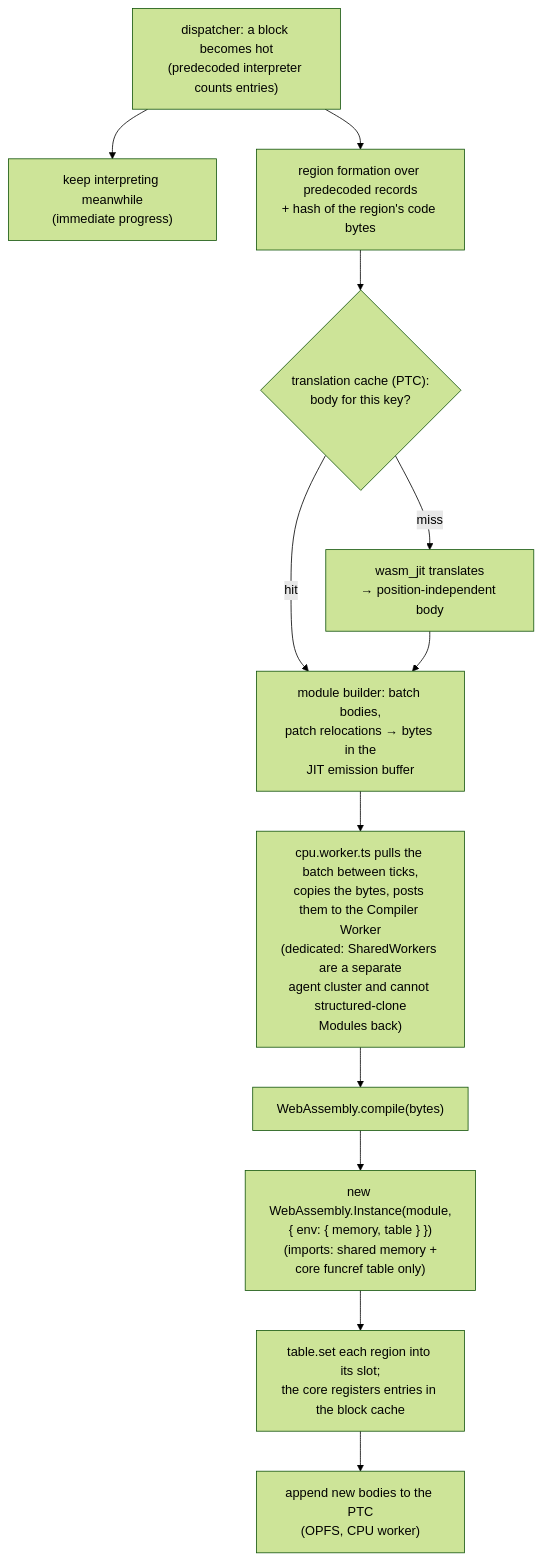
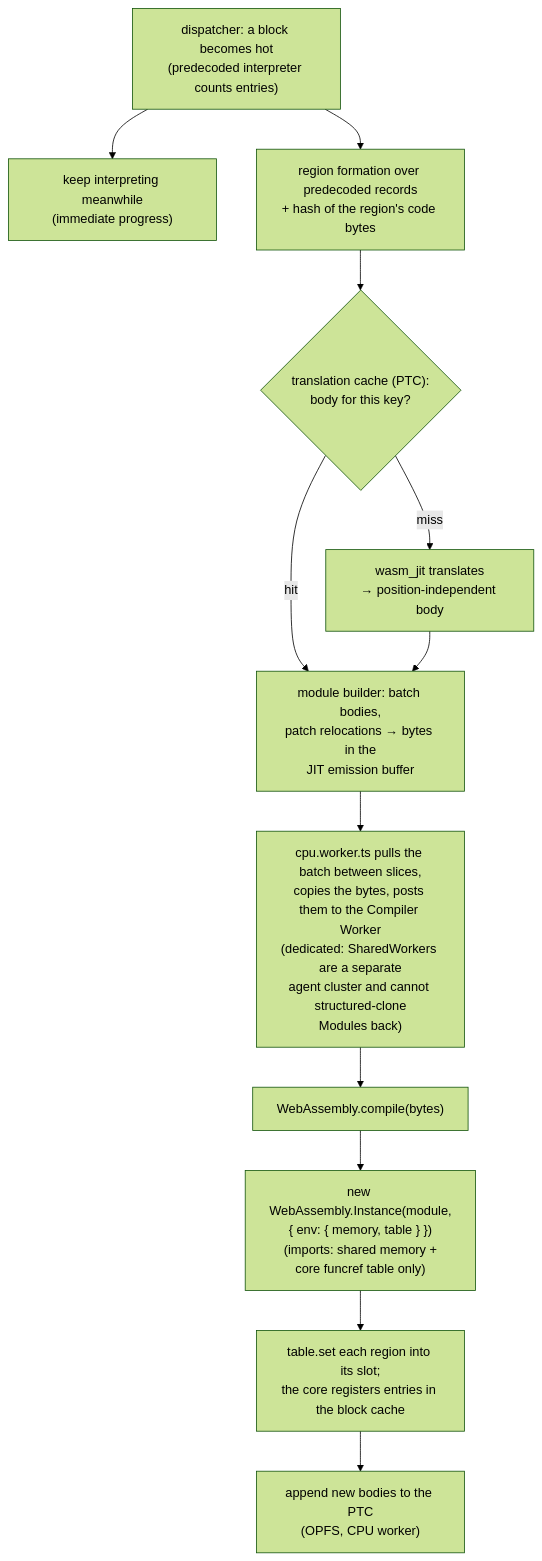
Before and after one commit to voland-emu/Voland: the fifth of 15 diagrams in docs/DESIGN.md, drawn with Mermaid (forest theme). The commit also changed other lines of this file and 1 other file, not shown here.

````diff
--- a/docs/DESIGN.md
+++ b/docs/DESIGN.md
@@ -1128,20 +1227,20 @@
 ```mermaid
 flowchart TD
     HOT["dispatcher: a block becomes hot<br/>(predecoded interpreter counts entries)"]
     INTERP["keep interpreting meanwhile<br/>(immediate progress)"]
     REGION["region formation over predecoded records<br/>+ hash of the region's code bytes"]
     PTCQ{"translation cache (PTC):<br/>body for this key?"}
     TRANS["wasm_jit translates<br/>→ position-independent body"]
     BATCH["module builder: batch bodies,<br/>patch relocations → bytes in the<br/>JIT emission buffer"]
-    PULL["cpu.worker.ts pulls the batch between ticks,<br/>copies the bytes, posts them to the Compiler Worker<br/>(dedicated: SharedWorkers are a separate<br/>agent cluster and cannot structured-clone<br/>Modules back)"]
+    PULL["cpu.worker.ts pulls the batch between slices,<br/>copies the bytes, posts them to the Compiler Worker<br/>(dedicated: SharedWorkers are a separate<br/>agent cluster and cannot structured-clone<br/>Modules back)"]
     COMPILE["WebAssembly.compile(bytes)"]
     INST["new WebAssembly.Instance(module,<br/>{ env: { memory, table } })<br/>(imports: shared memory +<br/>core funcref table only)"]
     REG["table.set each region into its slot;<br/>the core registers entries in the block cache"]
     STORE["append new bodies to the PTC<br/>(OPFS, CPU worker)"]
 
     HOT --> INTERP
     HOT --> REGION --> PTCQ
     PTCQ -->|hit| BATCH
     PTCQ -->|miss| TRANS --> BATCH
     BATCH --> PULL --> COMPILE --> INST --> REG --> STORE
 ```
````
